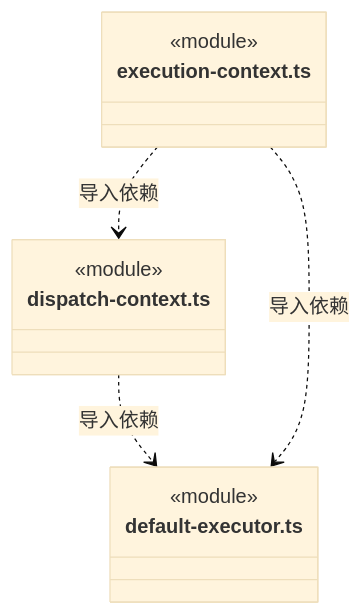
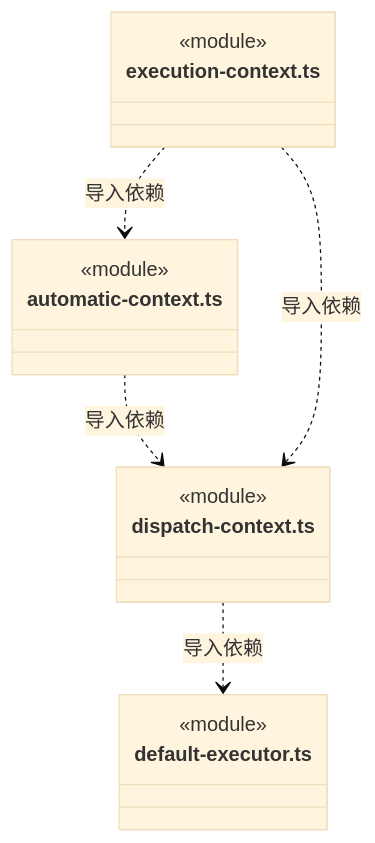
One commit to nan023062/cbim changed the eighth of 10 diagrams in src/backend/scheduler-engine/context/ARCHITECTURE.md. Above: the diagram before and after it, drawn with Mermaid (base theme). The commit also changed other lines of this file and 80 other files, not shown here.

````diff
--- a/src/backend/scheduler-engine/context/ARCHITECTURE.md
+++ b/src/backend/scheduler-engine/context/ARCHITECTURE.md
@@ -99,15 +112,19 @@
 ```mermaid
 classDiagram
+class N_src_backend_scheduler_engine_context_automatic_context_ts["automatic-context.ts"] {
+  <<module>>
+}
 class N_src_backend_scheduler_engine_context_dispatch_context_ts["dispatch-context.ts"] {
   <<module>>
 }
 class N_src_backend_scheduler_engine_context_default_executor_ts["default-executor.ts"] {
   <<module>>
 }
 class N_src_backend_scheduler_engine_context_execution_context_ts["execution-context.ts"] {
   <<module>>
 }
+N_src_backend_scheduler_engine_context_automatic_context_ts ..> N_src_backend_scheduler_engine_context_dispatch_context_ts : 导入依赖
 N_src_backend_scheduler_engine_context_dispatch_context_ts ..> N_src_backend_scheduler_engine_context_default_executor_ts : 导入依赖
+N_src_backend_scheduler_engine_context_execution_context_ts ..> N_src_backend_scheduler_engine_context_automatic_context_ts : 导入依赖
 N_src_backend_scheduler_engine_context_execution_context_ts ..> N_src_backend_scheduler_engine_context_dispatch_context_ts : 导入依赖
-N_src_backend_scheduler_engine_context_execution_context_ts ..> N_src_backend_scheduler_engine_context_default_executor_ts : 导入依赖
 ```
````
